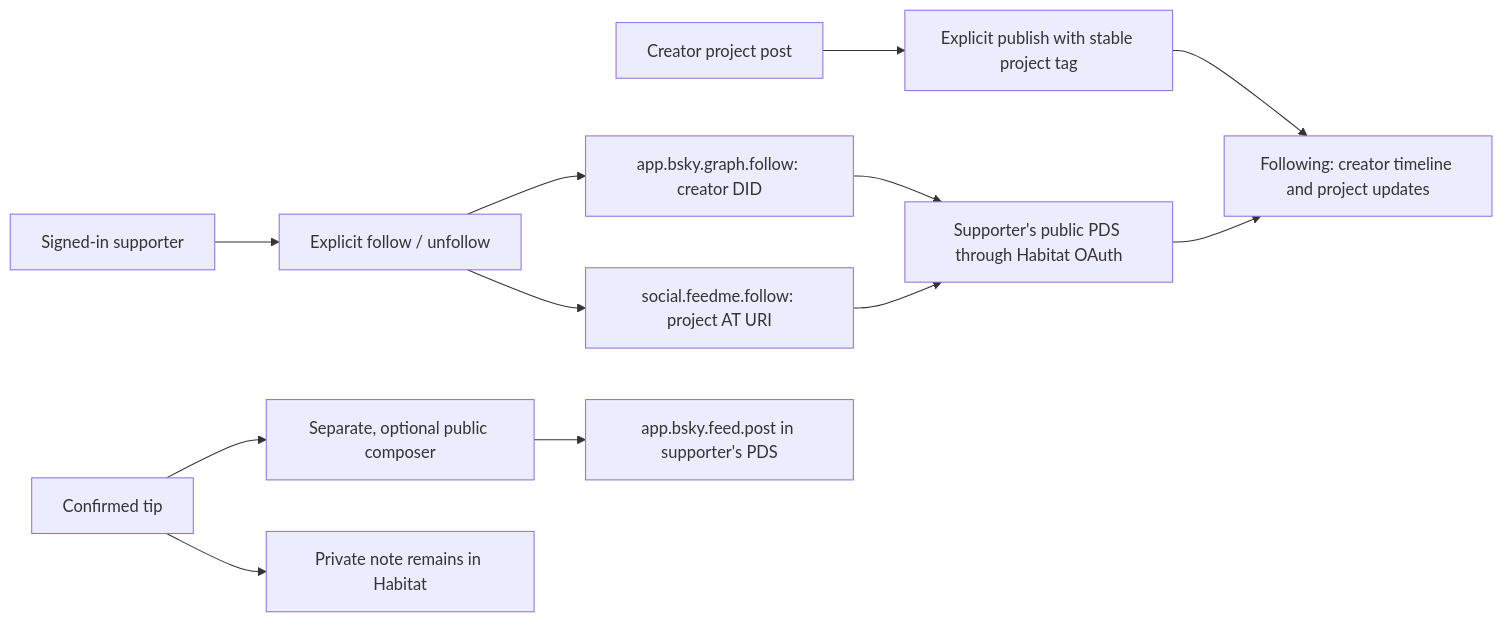
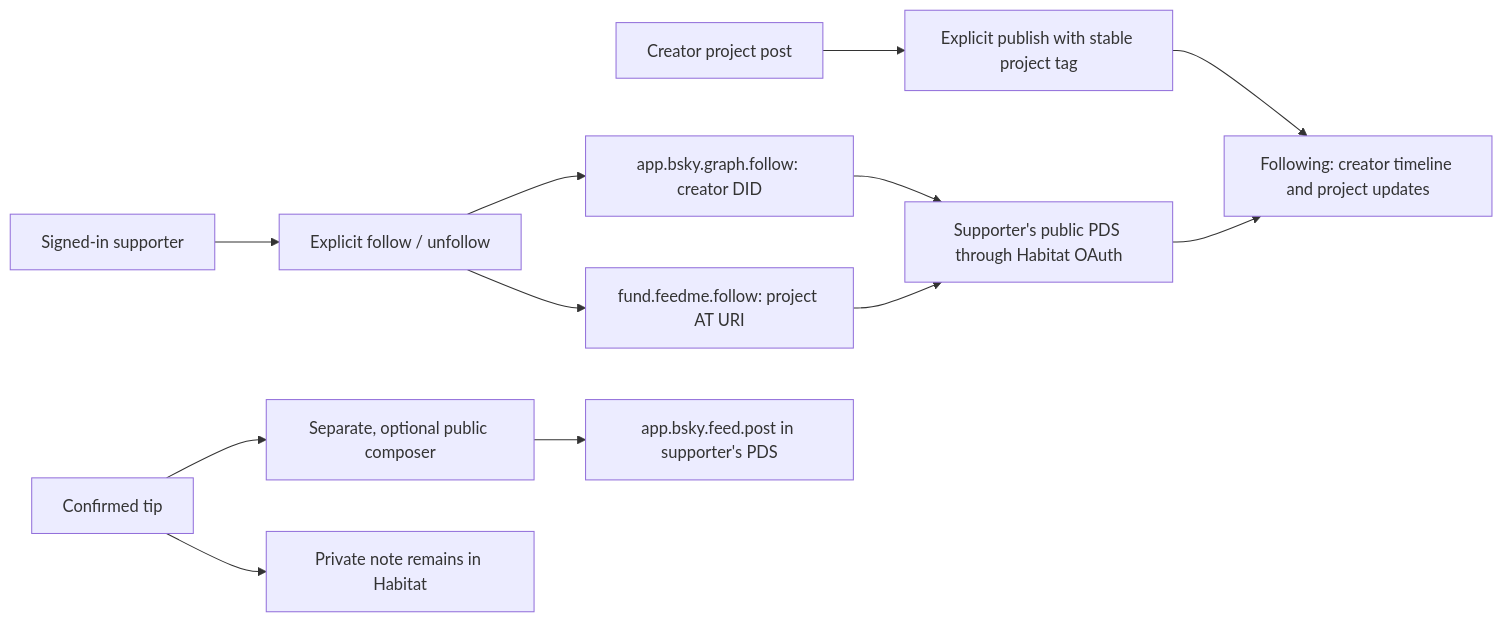
Before and after one commit to crs48/feedme: the diagram in docs/social-protocol.md, drawn with Mermaid. The commit also changed other lines of this file and 62 other files, not shown here.

````diff
--- a/docs/social-protocol.md
+++ b/docs/social-protocol.md
@@ -5,14 +5,14 @@
 ```mermaid
 flowchart LR
   Supporter[Signed-in supporter] --> Follow[Explicit follow / unfollow]
   Follow --> Native[app.bsky.graph.follow: creator DID]
-  Follow --> Project[social.feedme.follow: project AT URI]
+  Follow --> Project[fund.feedme.follow: project AT URI]
   Native --> PDS[Supporter's public PDS through Habitat OAuth]
   Project --> PDS
   Creator[Creator project post] --> OptIn[Explicit publish with stable project tag]
   OptIn --> Feed[Following: creator timeline and project updates]
   PDS --> Feed
   Tip[Confirmed tip] --> Compose[Separate, optional public composer]
   Compose --> Post[app.bsky.feed.post in supporter's PDS]
   Tip --> Private[Private note remains in Habitat]
 ```
````
